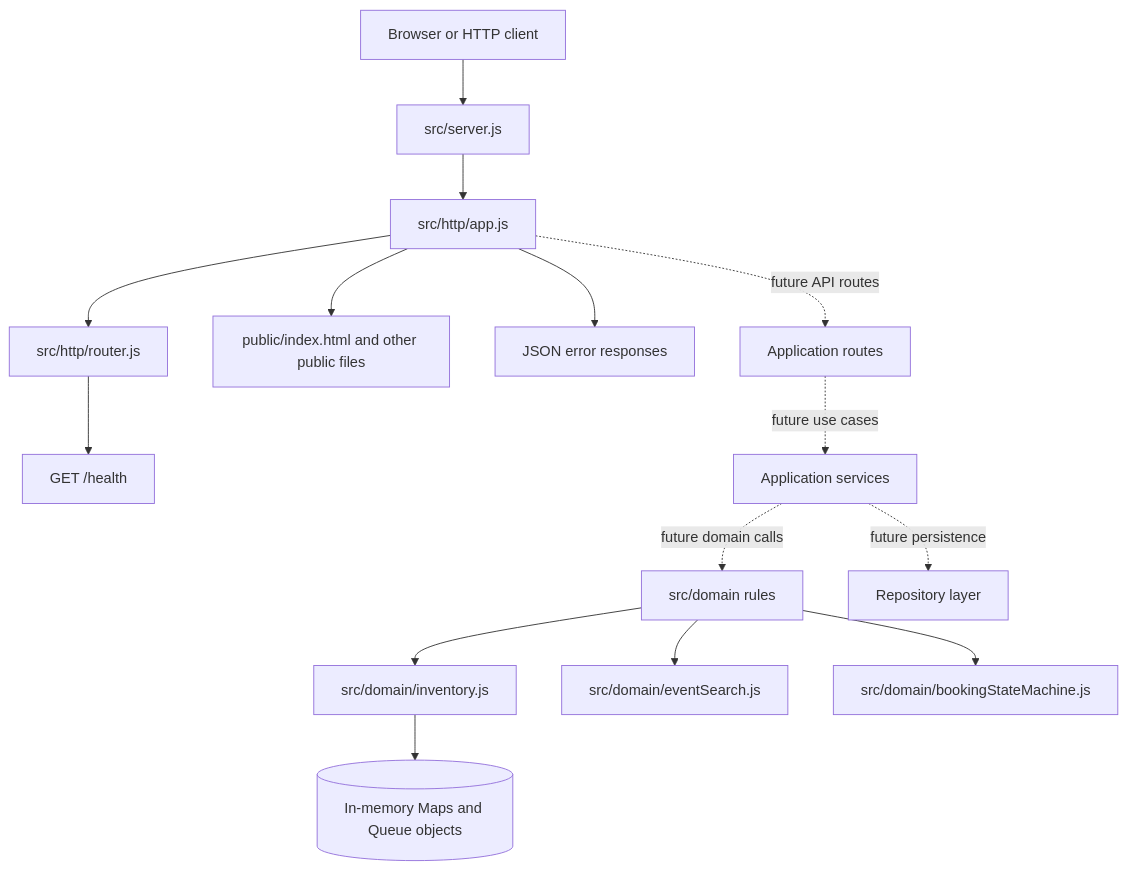
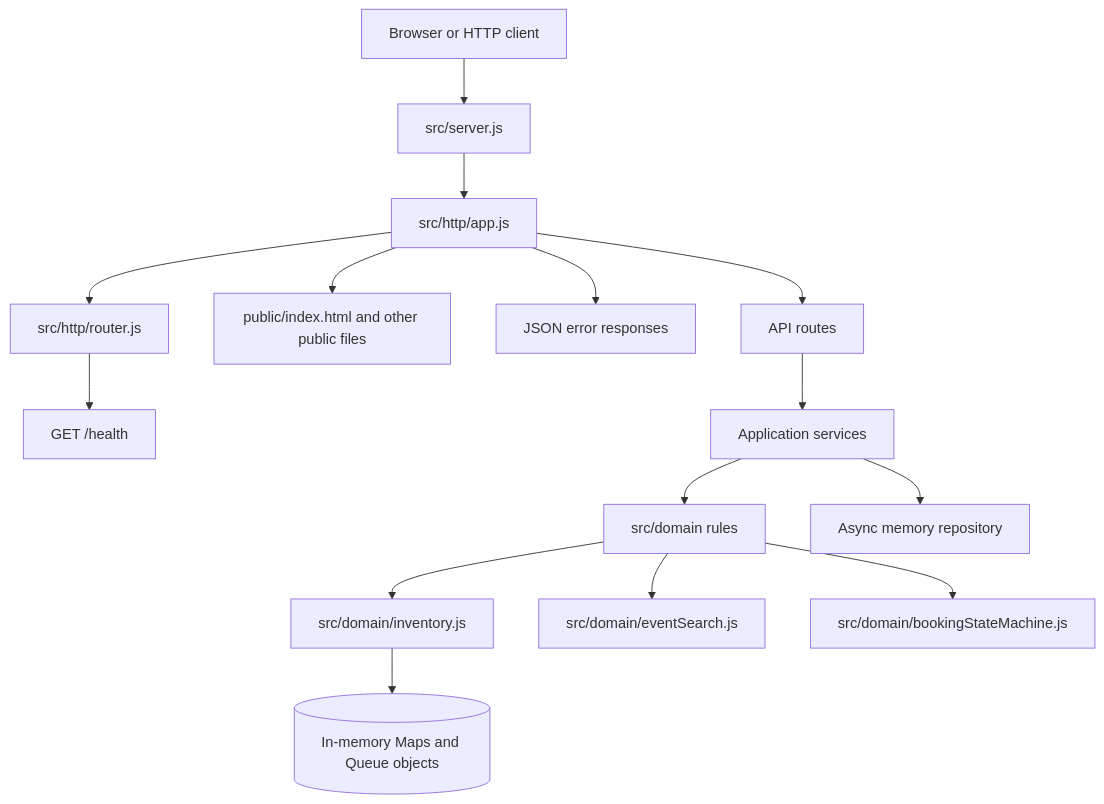
The first of 3 diagrams in docs/architecture.md (Acedigitals/MY-DSA-PROJECT), drawn with Mermaid before and after one commit. The commit also changed other lines of this file and 9 other files, not shown here.

Commit message:
Build 4: in-memory REST API

````diff
--- a/docs/architecture.md
+++ b/docs/architecture.md
@@ -32,17 +38,17 @@
 ```mermaid
 flowchart TD
   Browser[Browser or HTTP client] --> Server[src/server.js]
   Server --> App[src/http/app.js]
   App --> Router[src/http/router.js]
   Router --> Health[GET /health]
   App --> Static[public/index.html and other public files]
   App --> Errors[JSON error responses]
-  App -. future API routes .-> Routes[Application routes]
-  Routes -. future use cases .-> Services[Application services]
-  Services -. future domain calls .-> Rules[src/domain rules]
-  Services -. future persistence .-> Repository[Repository layer]
+  App --> Routes[API routes]
+  Routes --> Services[Application services]
+  Services --> Rules[src/domain rules]
+  Services --> Repository[Async memory repository]
   Rules --> Inventory[src/domain/inventory.js]
   Rules --> Search[src/domain/eventSearch.js]
   Rules --> StateMachine[src/domain/bookingStateMachine.js]
   Inventory --> Store[(In-memory Maps and Queue objects)]
 ```
````
